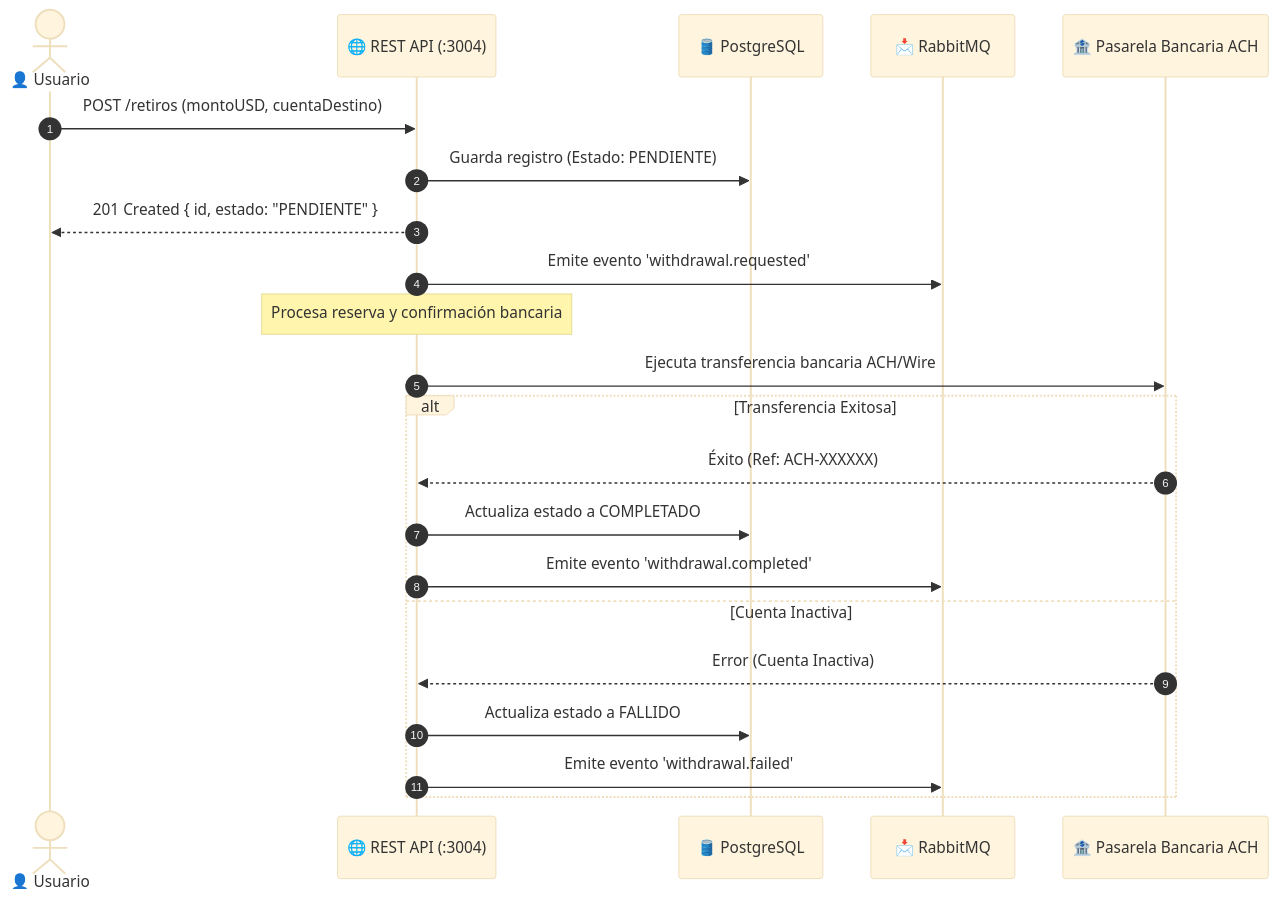
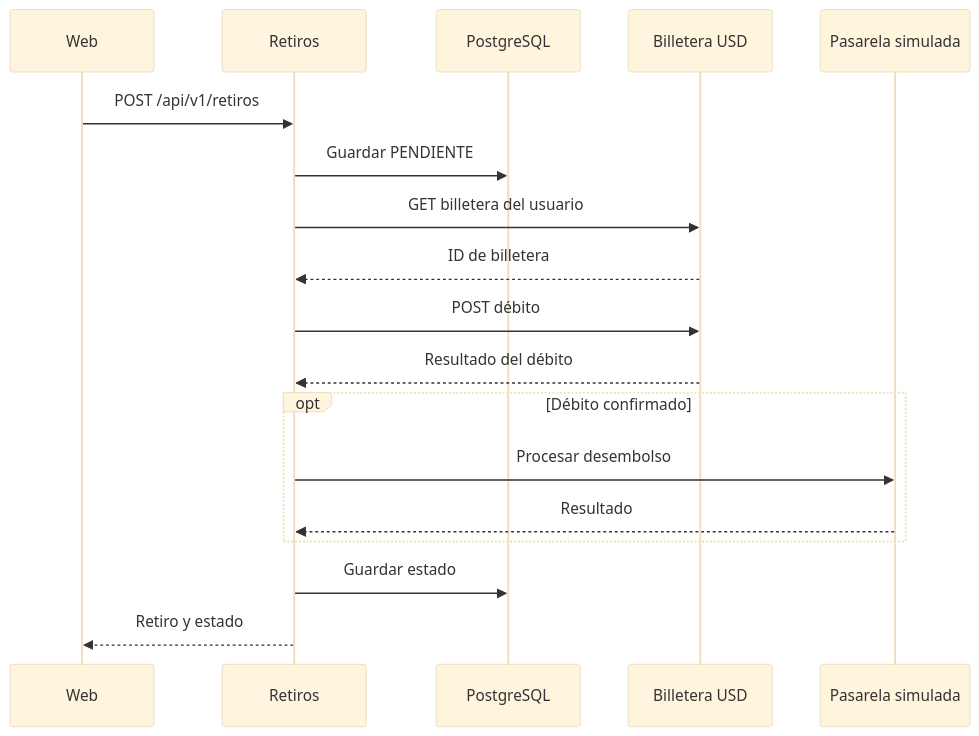
The second of 2 diagrams in docs/implementation/architecture-retiro-usd/system-architecture.md (Jhostin283/Servicio-Retiro), drawn with Mermaid (base theme) before and after one commit. The commit also changed other lines of this file and 96 other files, not shown here.

````diff
--- a/docs/implementation/architecture-retiro-usd/system-architecture.md
+++ b/docs/implementation/architecture-retiro-usd/system-architecture.md
@@ -67,26 +13,20 @@
 ```mermaid
 sequenceDiagram
-    autonumber
-    actor User as 👤 Usuario
-    participant REST as 🌐 REST API (:3004)
-    participant DB as 🛢️ PostgreSQL
-    participant Rabbit as 📩 RabbitMQ
-    participant Bank as 🏦 Pasarela Bancaria ACH
-
-    User->>REST: POST /retiros (montoUSD, cuentaDestino)
-    REST->>DB: Guarda registro (Estado: PENDIENTE)
-    REST-->>User: 201 Created { id, estado: "PENDIENTE" }
-    REST->>Rabbit: Emite evento 'withdrawal.requested'
-    
-    Note over REST: Procesa reserva y confirmación bancaria
-    REST->>Bank: Ejecuta transferencia bancaria ACH/Wire
-    alt Transferencia Exitosa
-        Bank-->>REST: Éxito (Ref: ACH-XXXXXX)
-        REST->>DB: Actualiza estado a COMPLETADO
-        REST->>Rabbit: Emite evento 'withdrawal.completed'
-    else Cuenta Inactiva
-        Bank-->>REST: Error (Cuenta Inactiva)
-        REST->>DB: Actualiza estado a FALLIDO
-        REST->>Rabbit: Emite evento 'withdrawal.failed'
+    participant UI as Web
+    participant R as Retiros
+    participant DB as PostgreSQL
+    participant B as Billetera USD
+    participant P as Pasarela simulada
+    UI->>R: POST /api/v1/retiros
+    R->>DB: Guardar PENDIENTE
+    R->>B: GET billetera del usuario
+    B-->>R: ID de billetera
+    R->>B: POST débito
+    B-->>R: Resultado del débito
+    opt Débito confirmado
+        R->>P: Procesar desembolso
+        P-->>R: Resultado
     end
+    R->>DB: Guardar estado
+    R-->>UI: Retiro y estado
 ```
````
